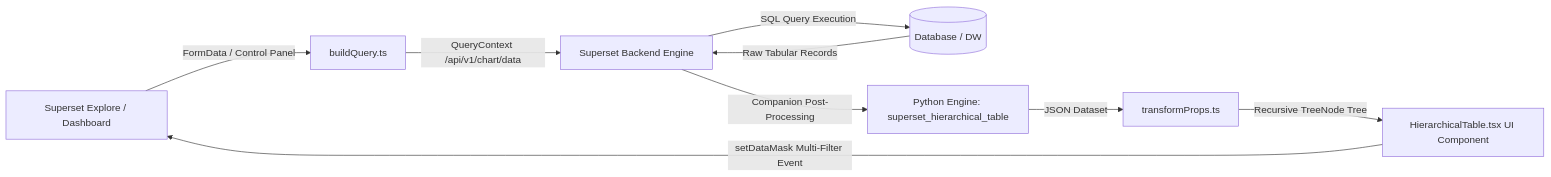
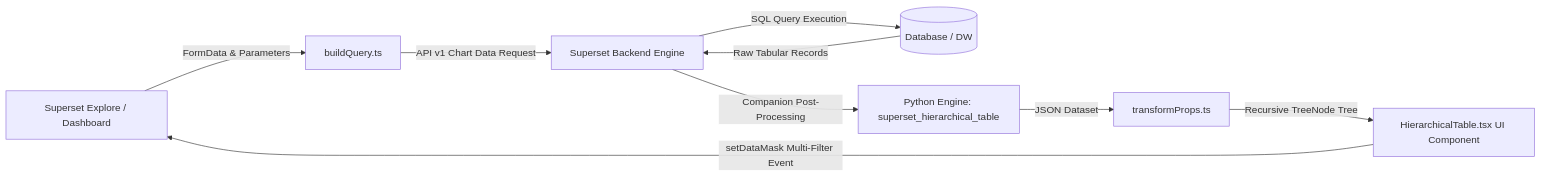
The diagram in README.md (FrancescoCastaldi/superset-plugin-chart-hierarchical-table), drawn with Mermaid before and after one commit. The commit also changed other lines of this file, not shown here.

Commit message:
docs: enrich README with English documentation and chart preview

````diff
--- a/README.md
+++ b/README.md
@@ -77,11 +47,11 @@
 ```mermaid
 flowchart LR
-    A[Superset Explore / Dashboard] -->|FormData / Control Panel| B[buildQuery.ts]
-    B -->|QueryContext /api/v1/chart/data| C[Superset Backend Engine]
+    A[Superset Explore / Dashboard] -->|FormData & Parameters| B[buildQuery.ts]
+    B -->|API v1 Chart Data Request| C[Superset Backend Engine]
     C -->|SQL Query Execution| D[(Database / DW)]
     D -->|Raw Tabular Records| C
     C -->|Companion Post-Processing| E[Python Engine: superset_hierarchical_table]
     E -->|JSON Dataset| F[transformProps.ts]
     F -->|Recursive TreeNode Tree| G[HierarchicalTable.tsx UI Component]
     G -->|setDataMask Multi-Filter Event| A
 ```
````
